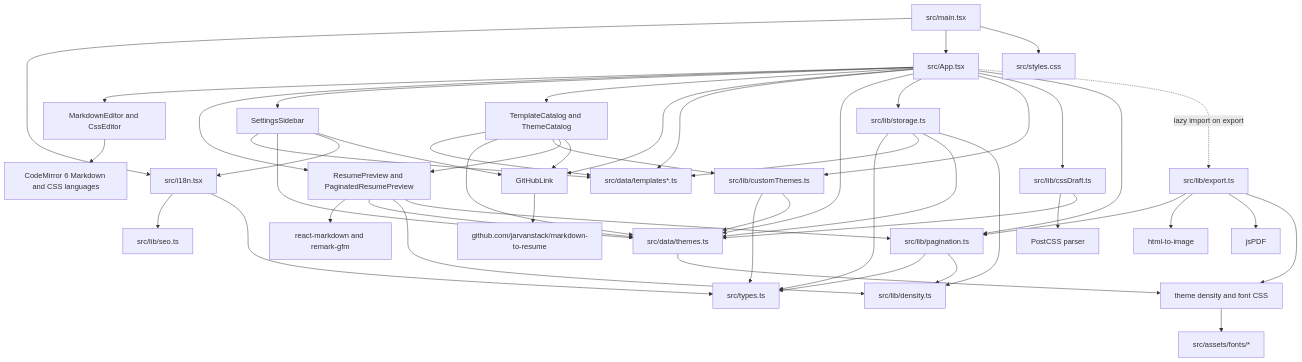
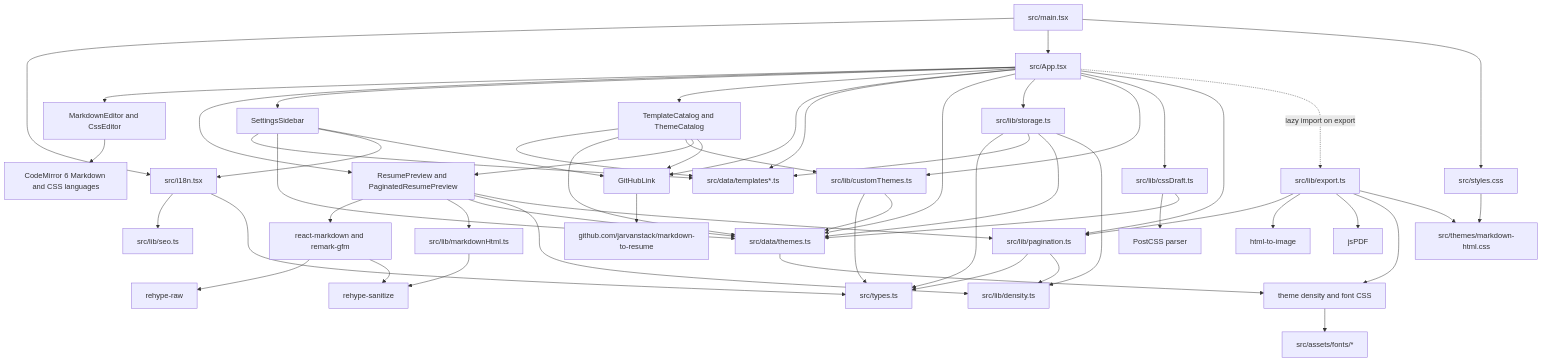
The second of 7 diagrams in docs/knowledge-graph.md (jarvanstack/markdown-to-resume), drawn with Mermaid before and after one commit. The commit also changed other lines of this file and 8 other files, not shown here.

````diff
--- a/docs/knowledge-graph.md
+++ b/docs/knowledge-graph.md
@@ -31,55 +31,61 @@
 ```mermaid
 flowchart TD
     Main["src/main.tsx"] --> I18n["src/i18n.tsx"]
     Main --> App["src/App.tsx"]
     Main --> AppCss["src/styles.css"]
 
     I18n --> Seo["src/lib/seo.ts"]
     I18n --> Types["src/types.ts"]
 
     App --> Editor["MarkdownEditor and CssEditor"]
     App --> Preview["ResumePreview and PaginatedResumePreview"]
     App --> Settings["SettingsSidebar"]
     App --> Catalogs["TemplateCatalog and ThemeCatalog"]
     App --> GitHubLink["GitHubLink"]
     App --> Templates["src/data/templates*.ts"]
     App --> Themes["src/data/themes.ts"]
     App --> Storage["src/lib/storage.ts"]
     App --> CustomThemes["src/lib/customThemes.ts"]
     App --> CssDrafts["src/lib/cssDraft.ts"]
     App --> Pagination["src/lib/pagination.ts"]
     App -.->|"lazy import on export"| Export["src/lib/export.ts"]
 
     Editor --> CodeMirror["CodeMirror 6 Markdown and CSS languages"]
     CssDrafts --> PostCss["PostCSS parser"]
     Preview --> ReactMarkdown["react-markdown and remark-gfm"]
+    Preview --> MarkdownHtml["src/lib/markdownHtml.ts"]
+    ReactMarkdown --> RehypeRaw["rehype-raw"]
+    ReactMarkdown --> RehypeSanitize["rehype-sanitize"]
+    MarkdownHtml --> RehypeSanitize
     Preview --> Themes
     Preview --> Density["src/lib/density.ts"]
     Preview --> Pagination
+    AppCss --> MarkdownHtmlCss["src/themes/markdown-html.css"]
     Settings --> Templates
     Settings --> Themes
     Settings --> I18n
     Settings --> GitHubLink
     Catalogs --> Templates
     Catalogs --> Themes
     Catalogs --> CustomThemes
     Catalogs --> Preview
     Catalogs --> GitHubLink
     GitHubLink --> GitHubRepo["github.com/jarvanstack/markdown-to-resume"]
 
     Storage --> Types
     Storage --> Templates
     Storage --> Themes
     Storage --> Density
     CustomThemes --> Types
     CustomThemes --> Themes
     CssDrafts --> Themes
     Pagination --> Types
     Pagination --> Density
     Export --> Pagination
     Export --> HtmlToImage["html-to-image"]
     Export --> JsPdf["jsPDF"]
     Export --> ThemeCss["theme density and font CSS"]
+    Export --> MarkdownHtmlCss
     Themes --> ThemeCss
     ThemeCss --> FontAssets["src/assets/fonts/*"]
 ```
````
